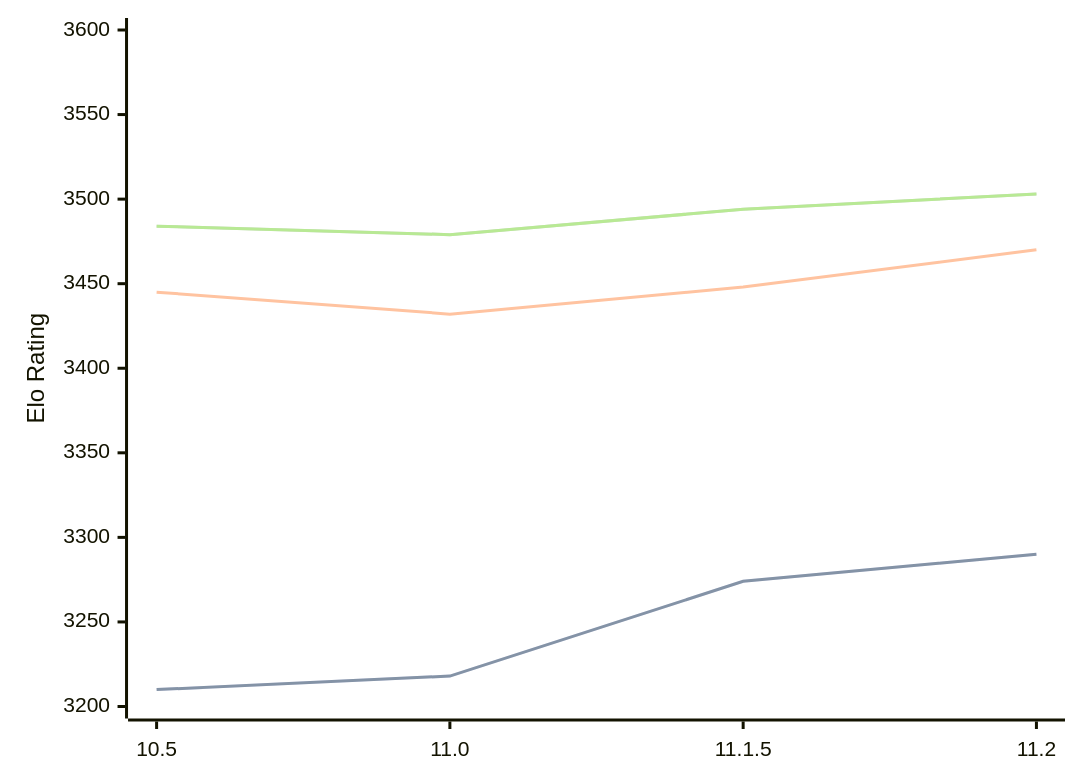
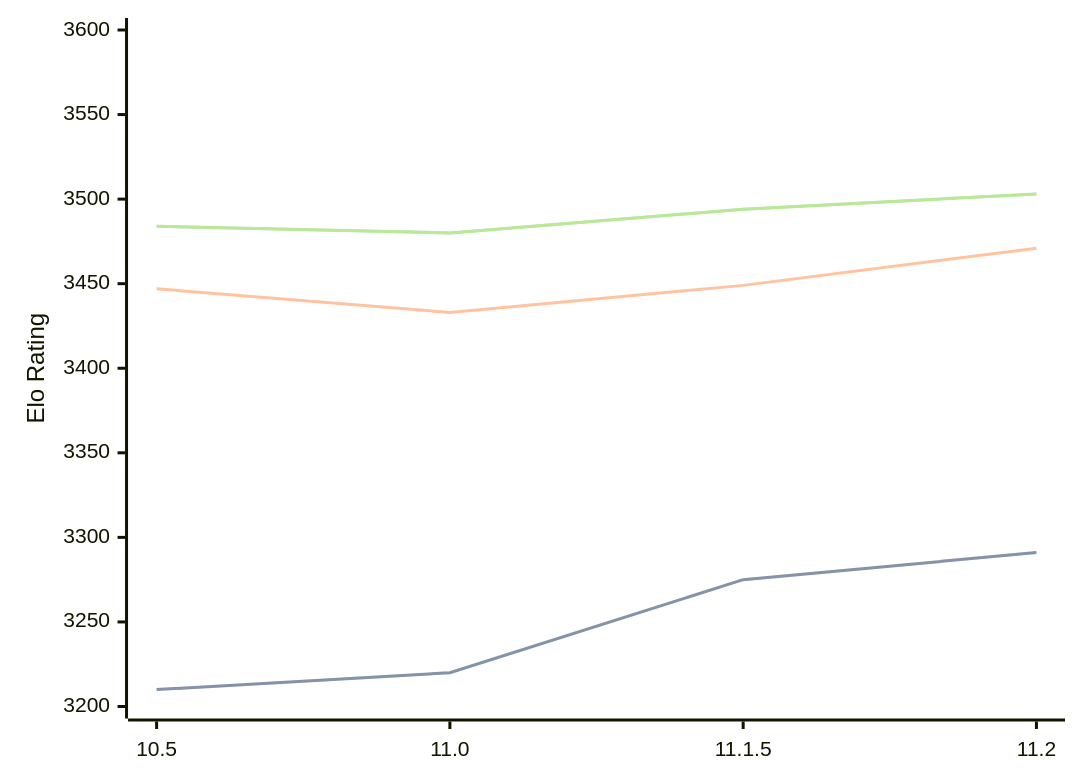
Before and after one commit to computer-chess-index/cci: the third of 3 diagrams in engines/Lizard.md, drawn with Mermaid. The commit also changed other lines of this file, not shown here.

Commit message:
Update CCI Ratings (ELO VLTC) - 2026-07-02

````diff
--- a/engines/Lizard.md
+++ b/engines/Lizard.md
@@ -79,11 +79,11 @@
 ```mermaid
 %%{init: {"theme":"base","themeVariables":{"seriesColors:['#a3a3a3','#222221','#faa371']}}}%%
 xychart-beta
   x-axis ["10.5", "11.0", "11.1.5", "11.2"]
   y-axis "Elo Rating" 3200 --> 3600
-  line "STC (8.0+0.08s)" [3210, 3218, 3274, 3290]
-  line "STC (8.0+0.08s)" [3210, 3218, 3274, 3290]
-  line "LTC (60.0+0.60s)" [3445, 3432, 3448, 3470]
-  line "VLTC (2m24s+1.12s)" [3484, 3479, 3494, 3503]
-  line "VLTC (2m24s+1.12s)" [3484, 3479, 3494, 3503]
+  line "STC (8.0+0.08s)" [3210, 3220, 3275, 3291]
+  line "STC (8.0+0.08s)" [3210, 3220, 3275, 3291]
+  line "LTC (60.0+0.60s)" [3447, 3433, 3449, 3471]
+  line "VLTC (2m24s+1.12s)" [3484, 3480, 3494, 3503]
+  line "VLTC (2m24s+1.12s)" [3484, 3480, 3494, 3503]
 ```
````
